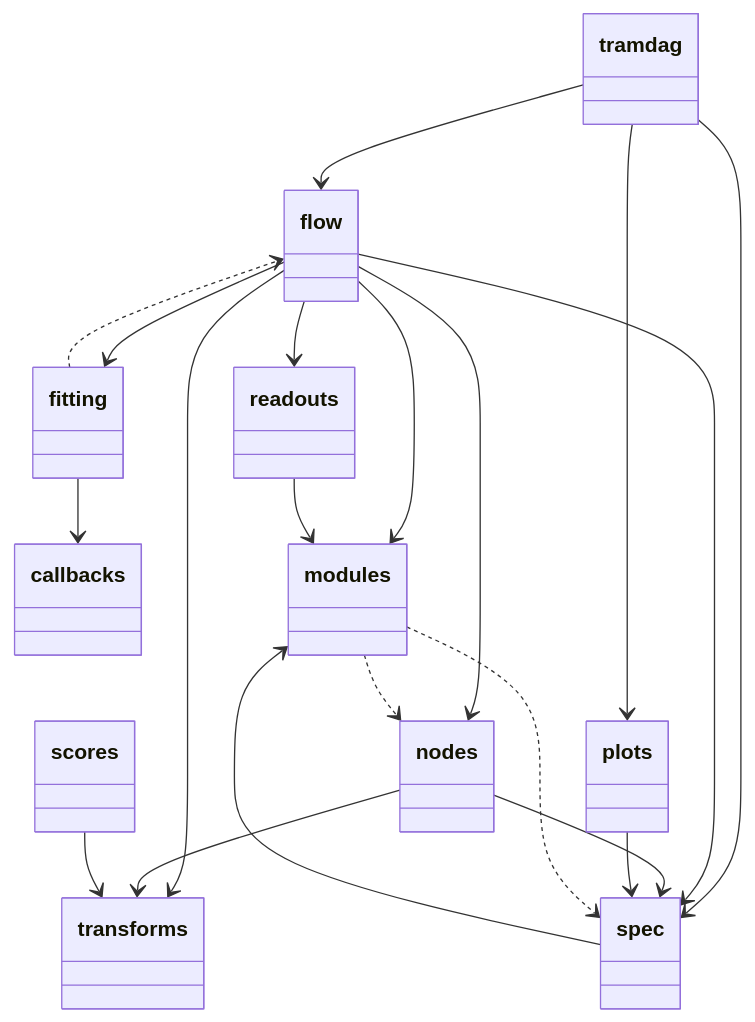
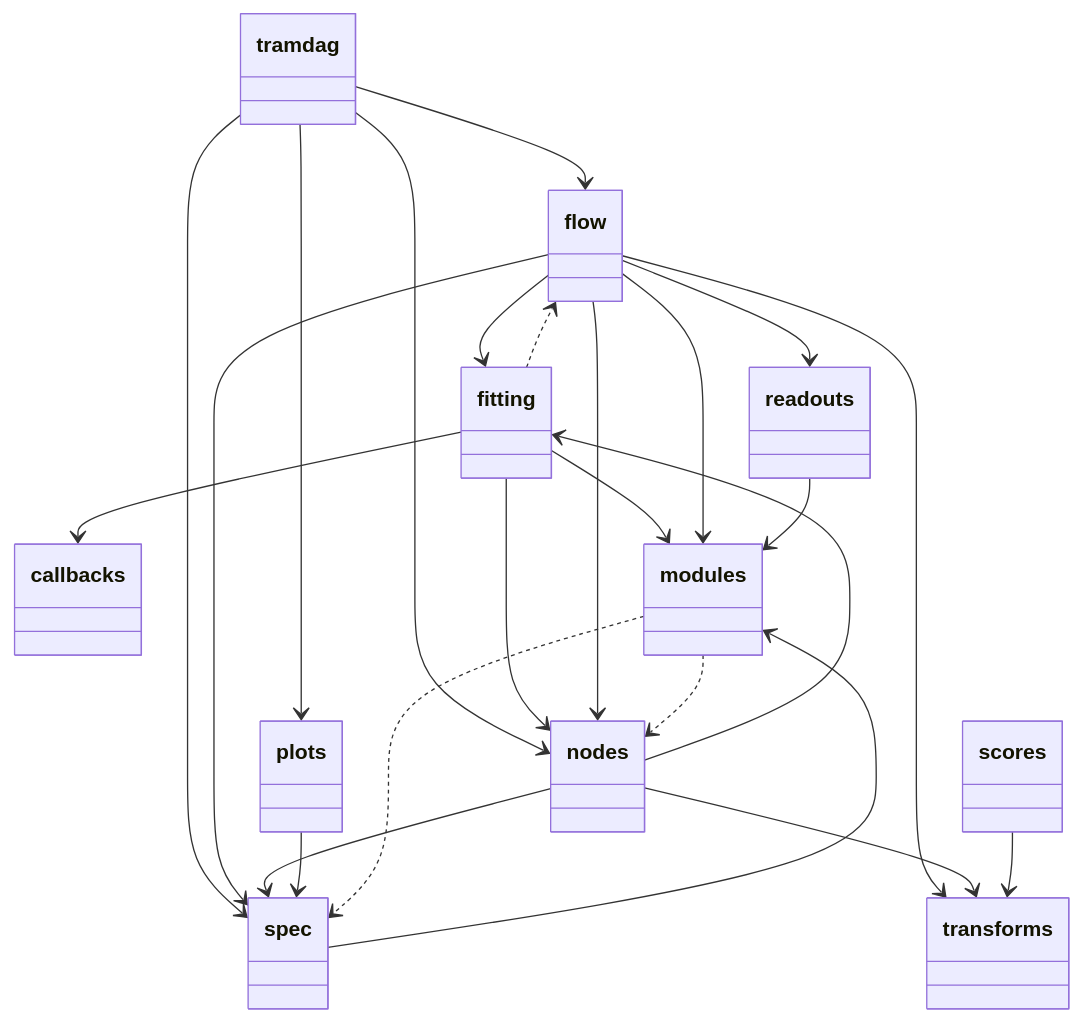
One commit to tensorchiefs/tramdag changed the third of 6 diagrams in docs/architecture.md. Above: the diagram before and after it, drawn with Mermaid. The commit also changed other lines of this file and 3 other files, not shown here.

````diff
--- a/docs/architecture.md
+++ b/docs/architecture.md
@@ -144,44 +149,48 @@
 ```mermaid
 classDiagram
   class tramdag {
   }
   class callbacks {
   }
   class fitting {
   }
   class flow {
   }
   class modules {
   }
   class nodes {
   }
   class plots {
   }
   class readouts {
   }
   class scores {
   }
   class spec {
   }
   class transforms {
   }
   tramdag --> flow
+  tramdag --> nodes
   tramdag --> plots
   tramdag --> spec
   fitting --> callbacks
+  fitting --> modules
+  fitting --> nodes
   flow --> fitting
   flow --> modules
   flow --> nodes
   flow --> readouts
   flow --> spec
   flow --> transforms
+  nodes --> fitting
   nodes --> spec
   nodes --> transforms
   plots --> spec
   readouts --> modules
   scores --> transforms
   spec --> modules
   fitting ..> flow
   modules ..> nodes
   modules ..> spec
 ```
````
